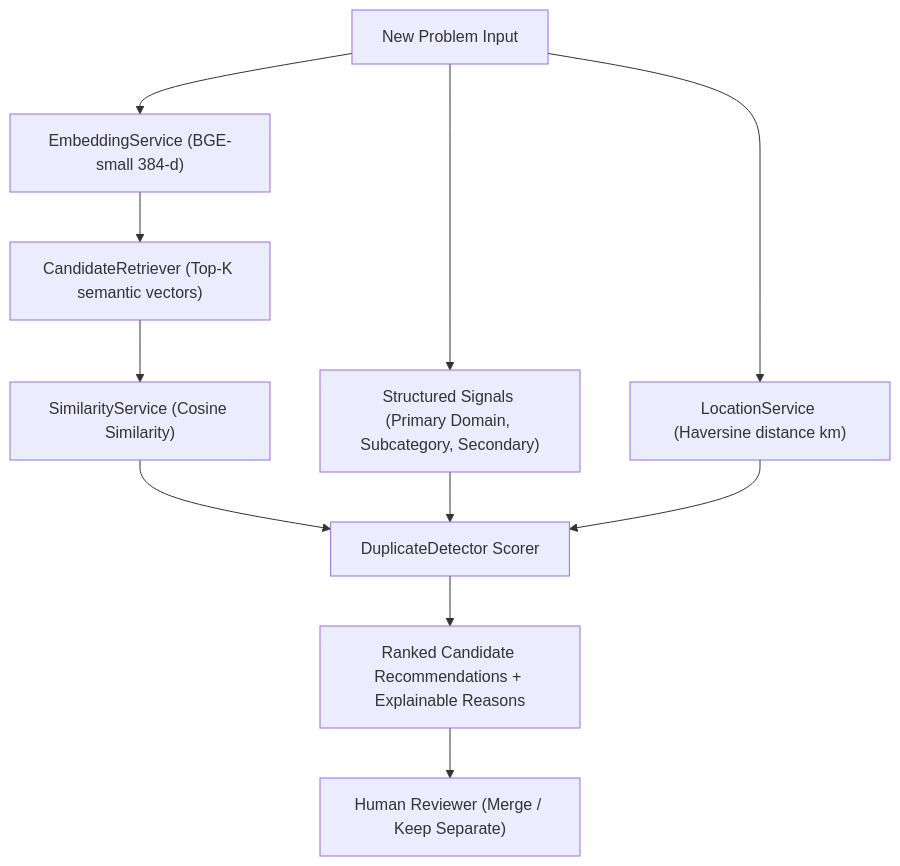
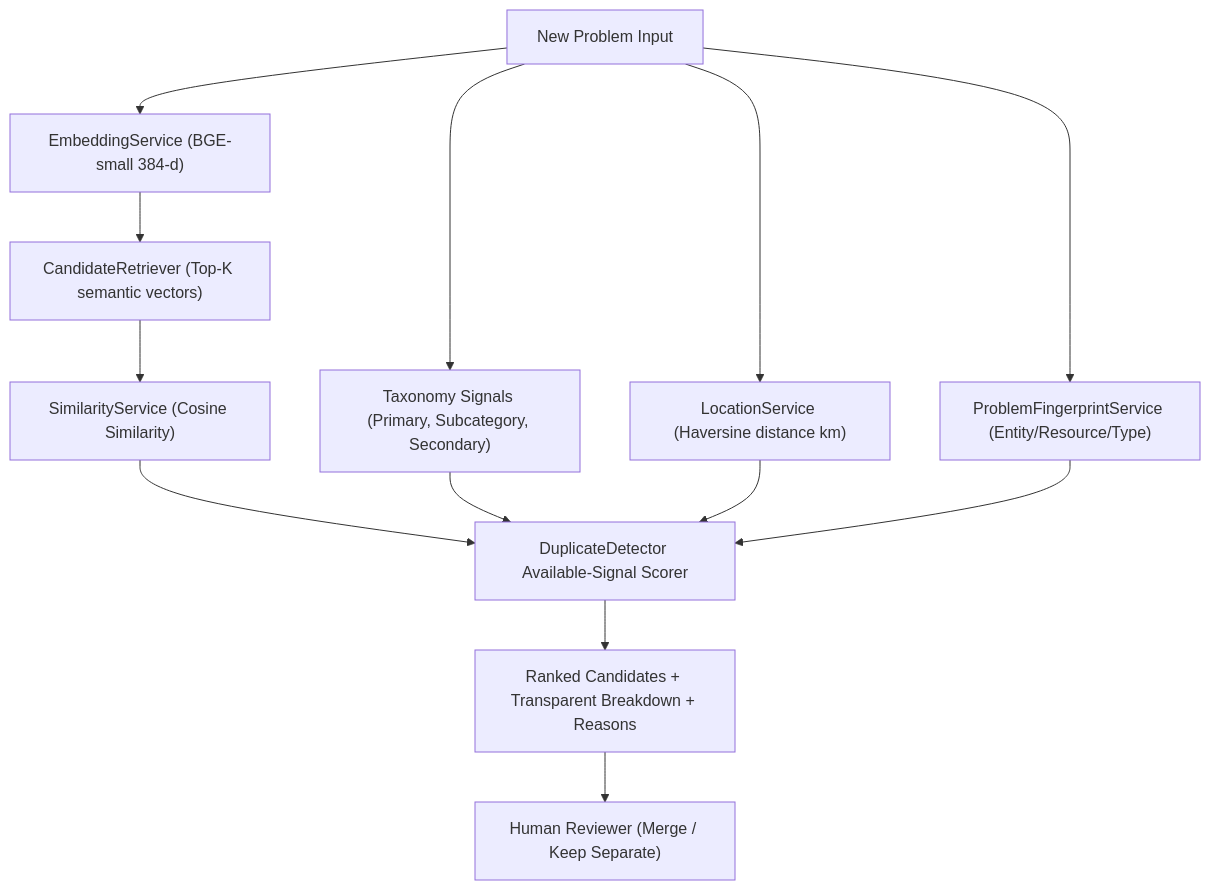
One commit to ParasNavsar98/CivicFix changed the diagram in duplicate-detection/README.md. Above: the diagram before and after it, drawn with Mermaid. The commit also changed other lines of this file and 63 other files, not shown here.

````diff
--- a/duplicate-detection/README.md
+++ b/duplicate-detection/README.md
@@ -69,16 +60,18 @@
 ```mermaid
 flowchart TD
     A["New Problem Input"] --> B["EmbeddingService (BGE-small 384-d)"]
-    A --> C["Structured Signals (Primary Domain, Subcategory, Secondary)"]
+    A --> C["Taxonomy Signals (Primary, Subcategory, Secondary)"]
     A --> D["LocationService (Haversine distance km)"]
+    A --> E["ProblemFingerprintService (Entity/Resource/Type)"]
     
-    B --> E["CandidateRetriever (Top-K semantic vectors)"]
-    E --> F["SimilarityService (Cosine Similarity)"]
+    B --> F["CandidateRetriever (Top-K semantic vectors)"]
+    F --> G["SimilarityService (Cosine Similarity)"]
     
-    F --> G["DuplicateDetector Scorer"]
-    C --> G
-    D --> G
+    G --> H["DuplicateDetector Available-Signal Scorer"]
+    C --> H
+    D --> H
+    E --> H
     
-    G --> H["Ranked Candidate Recommendations + Explainable Reasons"]
-    H --> I["Human Reviewer (Merge / Keep Separate)"]
+    H --> I["Ranked Candidates + Transparent Breakdown + Reasons"]
+    I --> J["Human Reviewer (Merge / Keep Separate)"]
 ```
````
